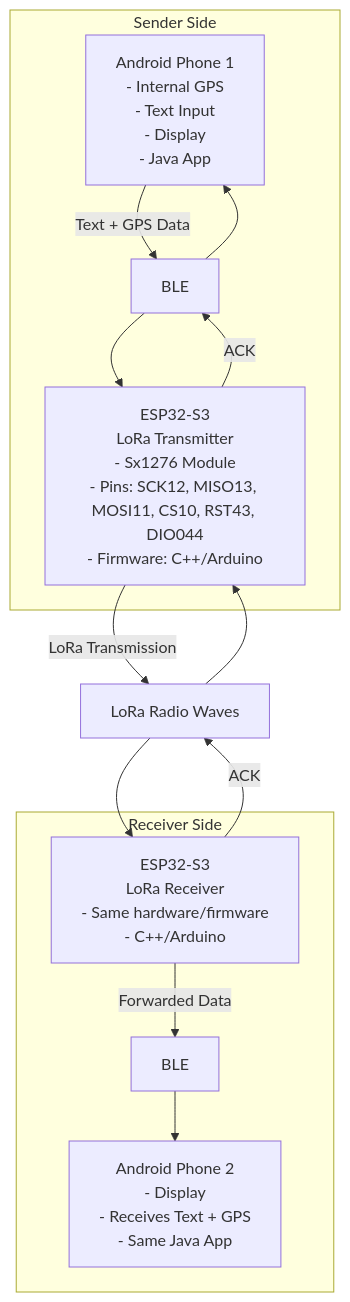
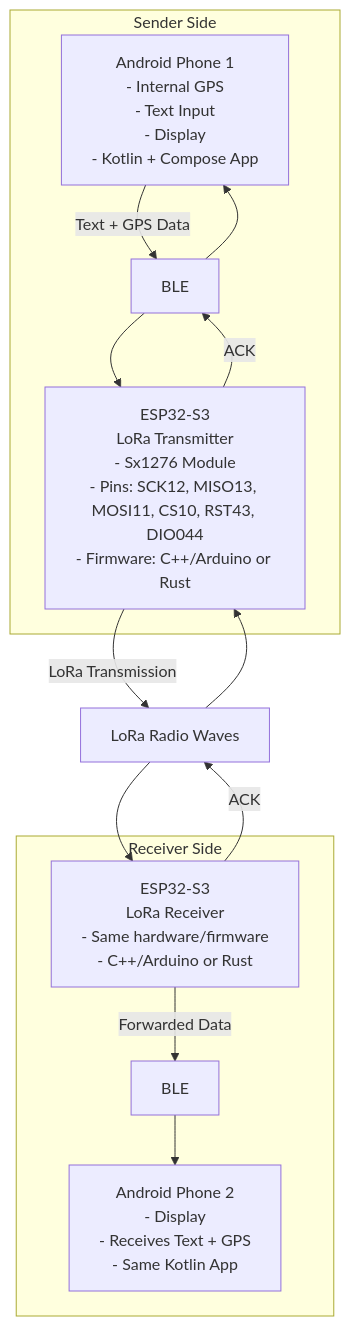
The first of 3 diagrams in README.md (psytraxx/android-lora-ble-bridge), drawn with Mermaid before and after one commit. The commit also changed other lines of this file and 1 other file, not shown here.

Commit message:
docs: update README for Android app to reflect SDK changes and improved test coverage

````diff
--- a/README.md
+++ b/README.md
@@ -20,26 +20,26 @@
 ```mermaid
 graph TD
-    A[Android Phone 1<br/>- Internal GPS<br/>- Text Input<br/>- Display<br/>- Java App] -->|Text + GPS Data| B[BLE]
-  B --> C[ESP32-S3<br/>LoRa Transmitter<br/>- Sx1276 Module<br/>- Pins: SCK12, MISO13, MOSI11, CS10, RST43, DIO044<br/>- Firmware: C++/Arduino]
+    A[Android Phone 1<br/>- Internal GPS<br/>- Text Input<br/>- Display<br/>- Kotlin + Compose App] -->|Text + GPS Data| B[BLE]
+  B --> C[ESP32-S3<br/>LoRa Transmitter<br/>- Sx1276 Module<br/>- Pins: SCK12, MISO13, MOSI11, CS10, RST43, DIO044<br/>- Firmware: C++/Arduino or Rust]
     C -->|LoRa Transmission| D[LoRa Radio Waves]
-  D -->     E[ESP32-S3<br/>LoRa Receiver<br/>- Same hardware/firmware<br/>- C++/Arduino]
+  D -->     E[ESP32-S3<br/>LoRa Receiver<br/>- Same hardware/firmware<br/>- C++/Arduino or Rust]
     E -->|Forwarded Data| F[BLE]
-    F --> G[Android Phone 2<br/>- Display<br/>- Receives Text + GPS<br/>- Same Java App]
+    F --> G[Android Phone 2<br/>- Display<br/>- Receives Text + GPS<br/>- Same Kotlin App]
     
     E -->|ACK| D
     D --> C
     C -->|ACK| B
     B --> A
     
     subgraph "Sender Side"
         A
         B
         C
     end
     
     subgraph "Receiver Side"
         E
         F
         G
     end
 ```
````
